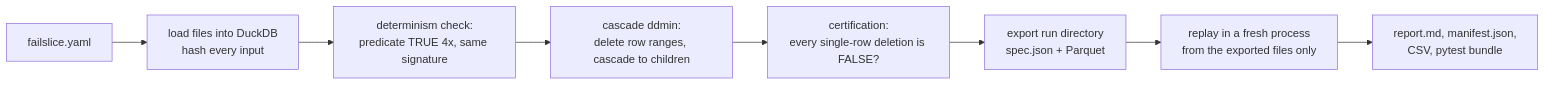
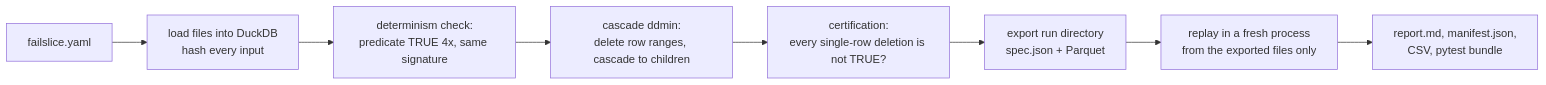
Before and after one commit to sdmhdn/failslice: the diagram in README.md, drawn with Mermaid. The commit also changed other lines of this file and 16 other files, not shown here.

````diff
--- a/README.md
+++ b/README.md
@@ -118,10 +80,10 @@
 ```mermaid
 flowchart LR
     CFG[failslice.yaml] --> LOAD[load files into DuckDB<br/>hash every input]
     LOAD --> CHECK[determinism check:<br/>predicate TRUE 4x, same signature]
     CHECK --> RED[cascade ddmin:<br/>delete row ranges, cascade to children]
-    RED --> CERT[certification:<br/>every single-row deletion is FALSE?]
+    RED --> CERT[certification:<br/>every single-row deletion is not TRUE?]
     CERT --> EXP[export run directory<br/>spec.json + Parquet]
     EXP --> VER[replay in a fresh process<br/>from the exported files only]
     VER --> ART[report.md, manifest.json,<br/>CSV, pytest bundle]
 ```
````
